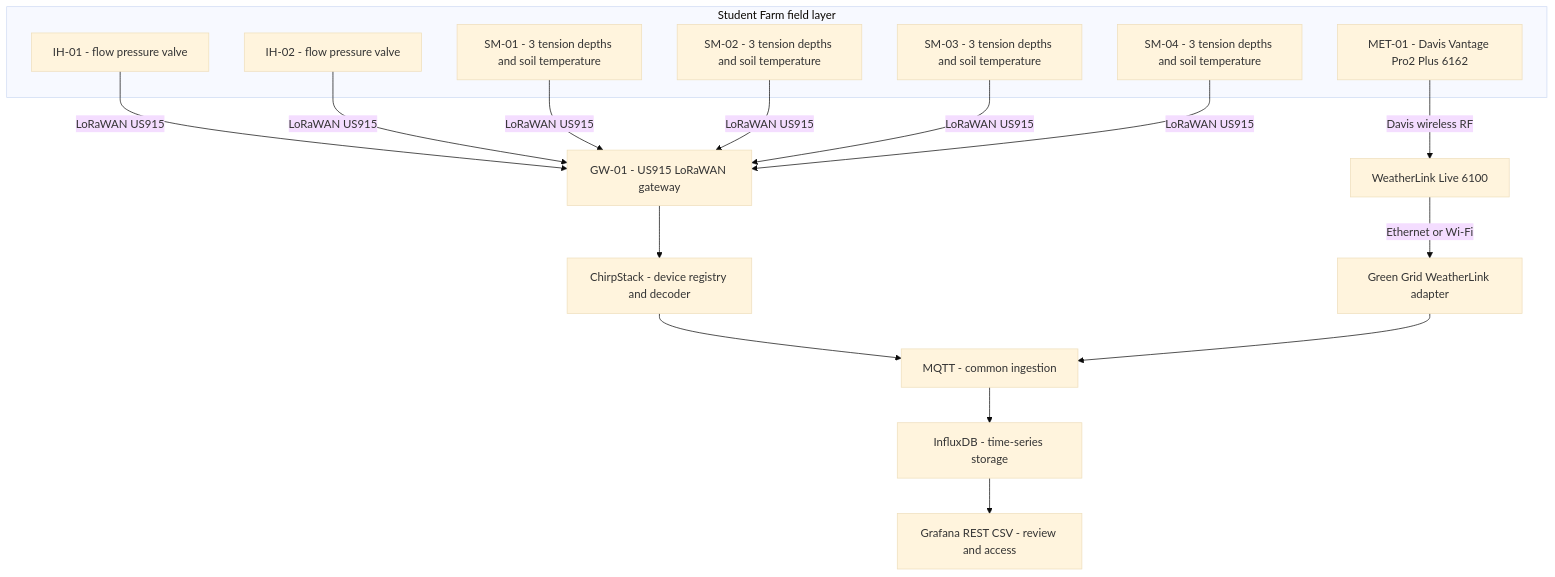
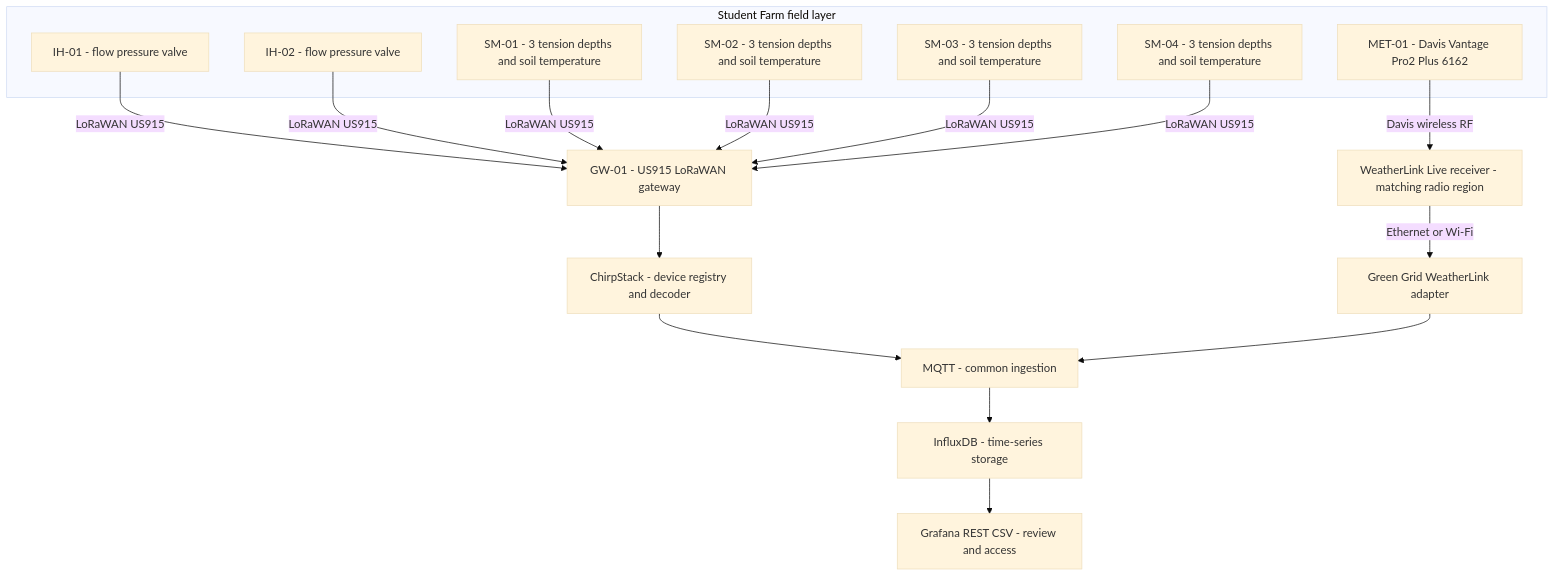
Before and after one commit to tienonic/fieldworks: the diagram in docs/01-architecture/network-overview.mmd, drawn with Mermaid (base theme). The commit also changed 23 other files, not shown here.

```diff
--- a/docs/01-architecture/network-overview.mmd
+++ b/docs/01-architecture/network-overview.mmd
@@ -1,34 +1,34 @@
 flowchart TB
   subgraph FIELD["Student Farm field layer"]
     IH1["IH-01 - flow pressure valve"]
     IH2["IH-02 - flow pressure valve"]
     SM1["SM-01 - 3 tension depths and soil temperature"]
     SM2["SM-02 - 3 tension depths and soil temperature"]
     SM3["SM-03 - 3 tension depths and soil temperature"]
     SM4["SM-04 - 3 tension depths and soil temperature"]
     MET["MET-01 - Davis Vantage Pro2 Plus 6162"]
   end
 
   GW["GW-01 - US915 LoRaWAN gateway"]
   CS["ChirpStack - device registry and decoder"]
-  WLL["WeatherLink Live 6100"]
+  WLL["WeatherLink Live receiver - matching radio region"]
   DAVIS["Green Grid WeatherLink adapter"]
   MQ["MQTT - common ingestion"]
   DB["InfluxDB - time-series storage"]
   UI["Grafana REST CSV - review and access"]
 
   IH1 -->|"LoRaWAN US915"| GW
   IH2 -->|"LoRaWAN US915"| GW
   SM1 -->|"LoRaWAN US915"| GW
   SM2 -->|"LoRaWAN US915"| GW
   SM3 -->|"LoRaWAN US915"| GW
   SM4 -->|"LoRaWAN US915"| GW
   GW --> CS
   CS --> MQ
 
   MET -->|"Davis wireless RF"| WLL
   WLL -->|"Ethernet or Wi-Fi"| DAVIS
   DAVIS --> MQ
 
   MQ --> DB
   DB --> UI
```
